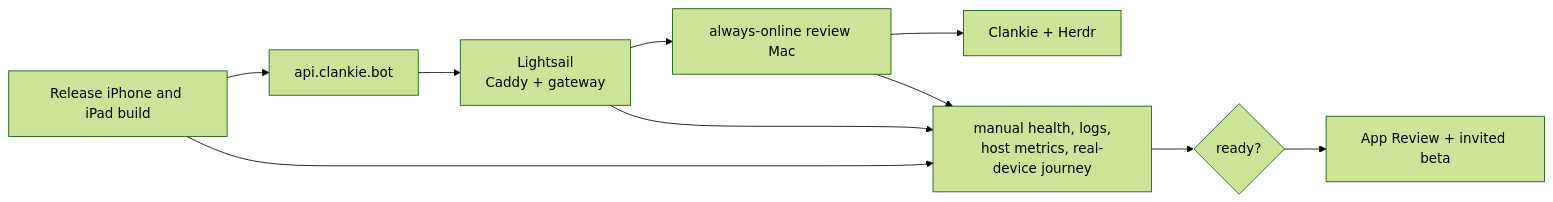
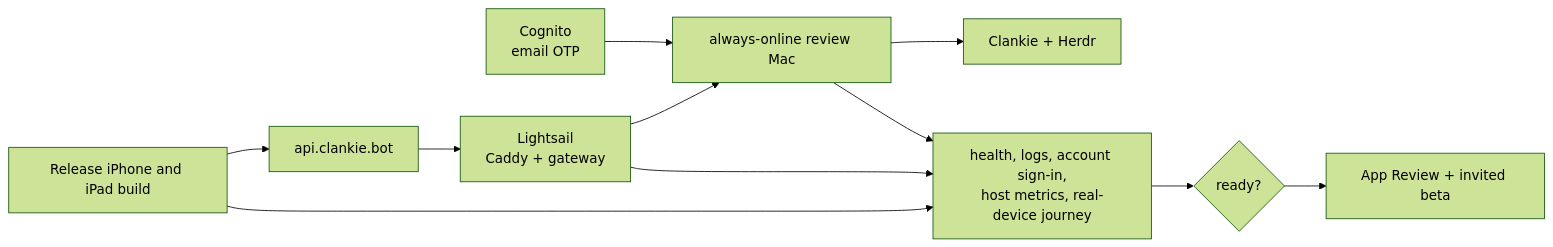
The diagram in docs/public-gateway-launch.md (Volpestyle/clankie), drawn with Mermaid (forest theme) before and after one commit. The commit also changed other lines of this file and 43 other files, not shown here.

````diff
--- a/docs/public-gateway-launch.md
+++ b/docs/public-gateway-launch.md
@@ -11,12 +11,13 @@
 ```mermaid
 flowchart LR
   Build["Release iPhone and iPad build"] --> Edge["api.clankie.bot"]
   Edge --> Gateway["Lightsail<br/>Caddy + gateway"]
   Gateway --> Mac["always-online review Mac"]
   Mac --> Product["Clankie + Herdr"]
-  Checks["manual health, logs,<br/>host metrics, real-device journey"] --> Gate{"ready?"}
+  Accounts["Cognito<br/>email OTP"] --> Mac
+  Checks["health, logs, account sign-in,<br/>host metrics, real-device journey"] --> Gate{"ready?"}
   Build --> Checks
   Gateway --> Checks
   Mac --> Checks
   Gate --> Review["App Review + invited beta"]
 ```
````
